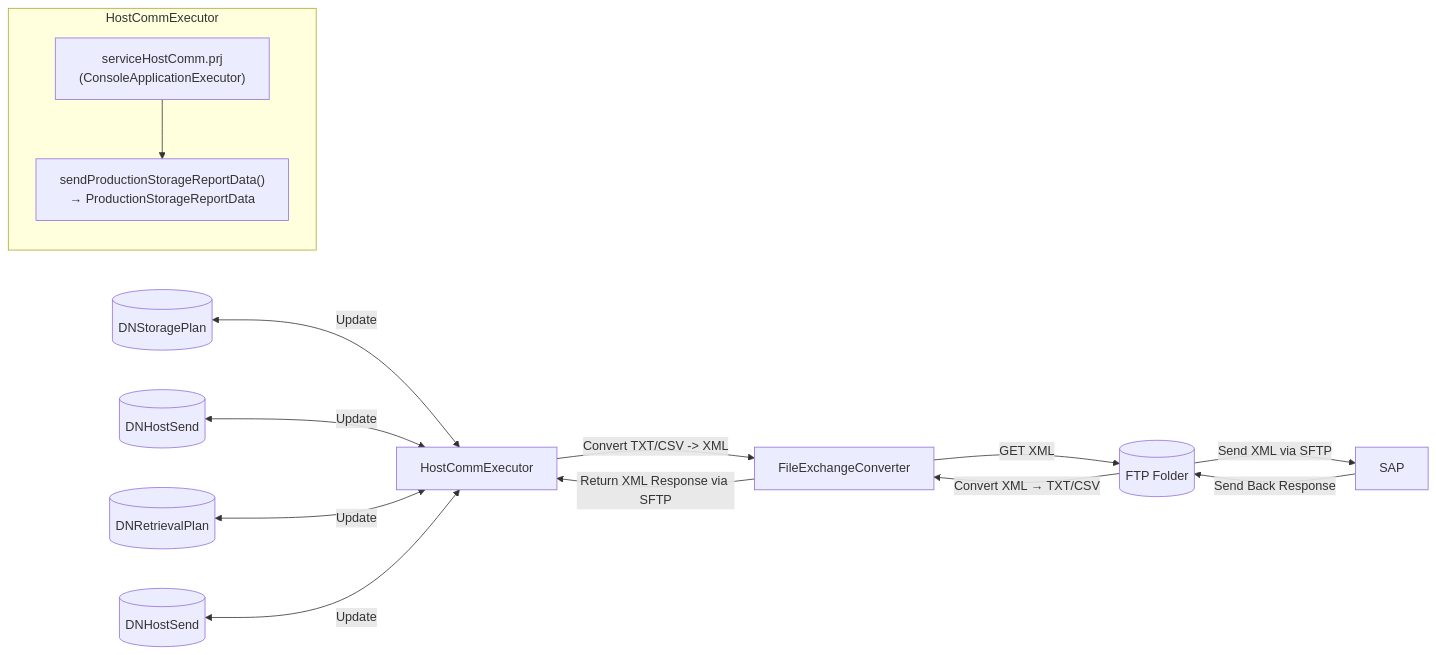
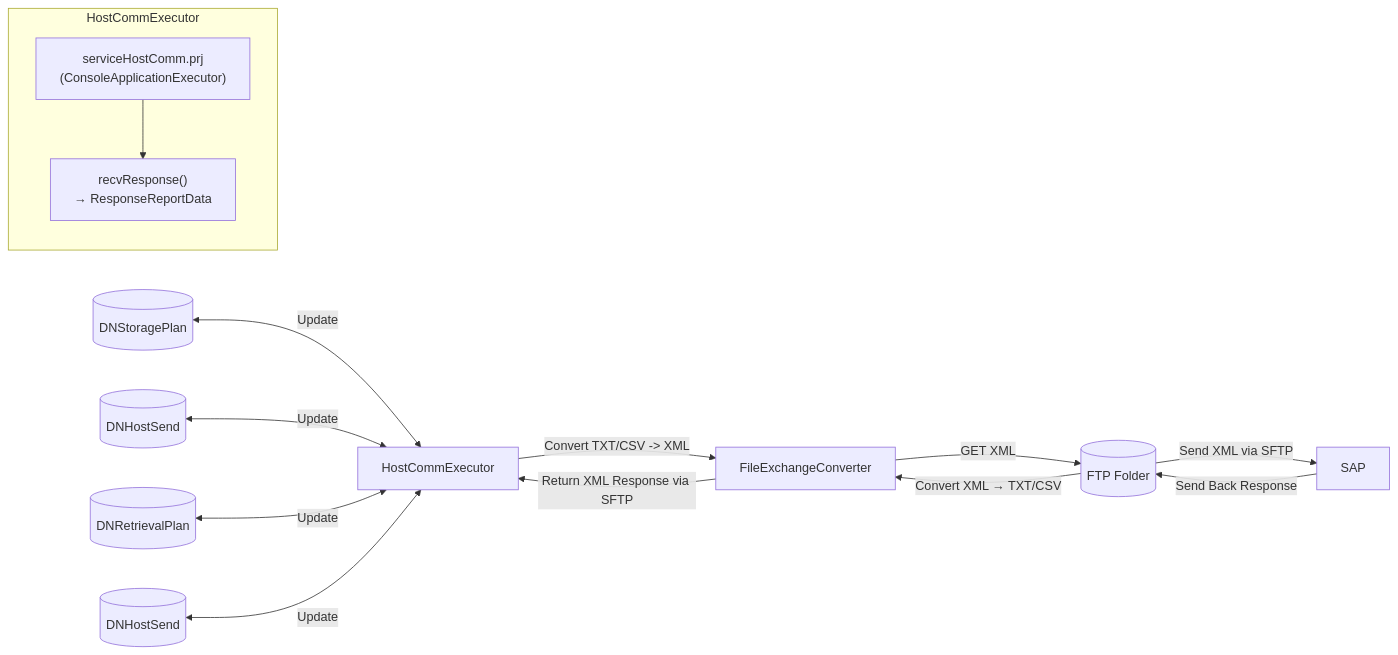
One commit to luthfiadityaa/SimeDarby-Wiki changed the diagram in Basic-Design/Host-Interfaces/SAP-Response.md. Above: the diagram before and after it, drawn with Mermaid. The commit also changed other lines of this file, not shown here.

Commit message:
Updated SAP Response

```diff
--- a/Basic-Design/Host-Interfaces/SAP-Response.md
+++ b/Basic-Design/Host-Interfaces/SAP-Response.md
@@ -10,19 +10,19 @@
 ::: mermaid
 flowchart LR
     A[HostCommExecutor] -->|Convert TXT/CSV -> XML| B[FileExchangeConverter]
     B -->|GET XML| C[(FTP Folder)]
     C -->|Send XML via SFTP| D[SAP]
     D -->|Send Back Response| C
     C -->|Convert XML → TXT/CSV| B
     B -->|Return XML Response via SFTP| A
     E[(DNStoragePlan)] <--> |Update| A
     F[(DNHostSend)] <--> |Update| A
     G[(DNRetrievalPlan)] <--> |Update| A
     H[(DNHostSend)] <--> |Update| A
 
      subgraph HostCommExecutor
         C1["serviceHostComm.prj<br>(ConsoleApplicationExecutor)"]
-        C2["sendProductionStorageReportData()<br>→ ProductionStorageReportData"]
+        C2["recvResponse()<br>→ ResponseReportData"]
         C1 --> C2
     end
 :::
```
